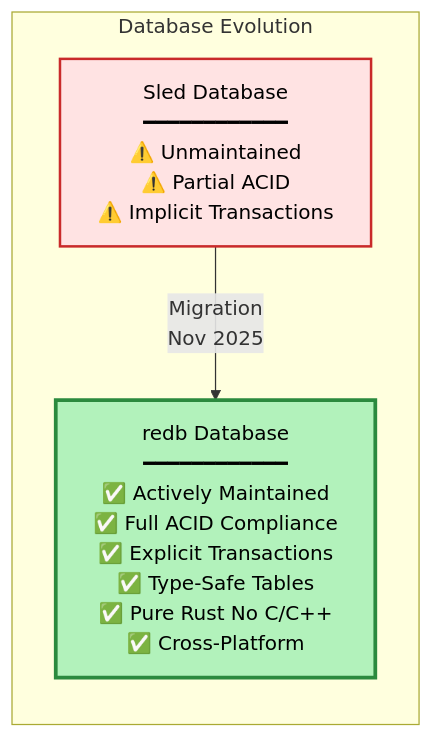
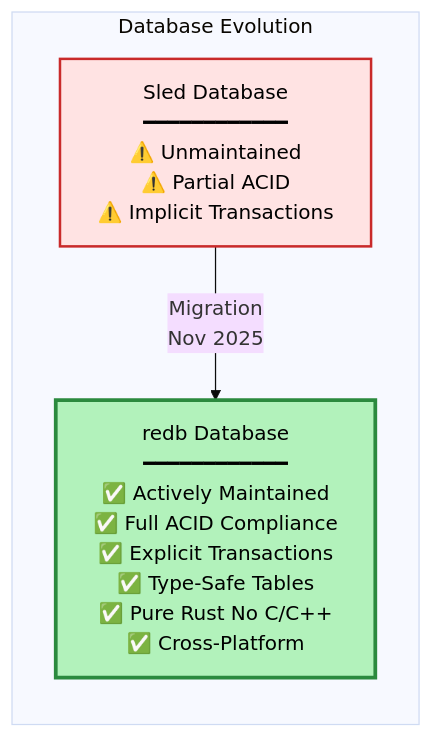
Before and after one commit to COINjecture-Network/COINjecture2.0: the fifth of 5 diagrams in README.md, drawn with Mermaid. The commit also changed other lines of this file and 9 other files, not shown here.

````diff
--- a/README.md
+++ b/README.md
@@ -187,13 +398,14 @@
 ```mermaid
+%%{init: {'theme':'base', 'themeVariables': { 'fontSize':'16px', 'fontFamily':'Arial'}}}%%
 graph LR
     subgraph "Database Evolution"
         style OLD fill:#ffe3e3,stroke:#c92a2a,stroke-width:2px,color:#000
         style NEW fill:#b2f2bb,stroke:#2b8a3e,stroke-width:3px,color:#000
 
         OLD["Sled Database<br/>━━━━━━━━━━━━<br/>⚠️ Unmaintained<br/>⚠️ Partial ACID<br/>⚠️ Implicit Transactions"]
 
         NEW["redb Database<br/>━━━━━━━━━━━━<br/>✅ Actively Maintained<br/>✅ Full ACID Compliance<br/>✅ Explicit Transactions<br/>✅ Type-Safe Tables<br/>✅ Pure Rust No C/C++<br/>✅ Cross-Platform"]
 
         OLD -->|"Migration<br/>Nov 2025"| NEW
     end
 ```
````
